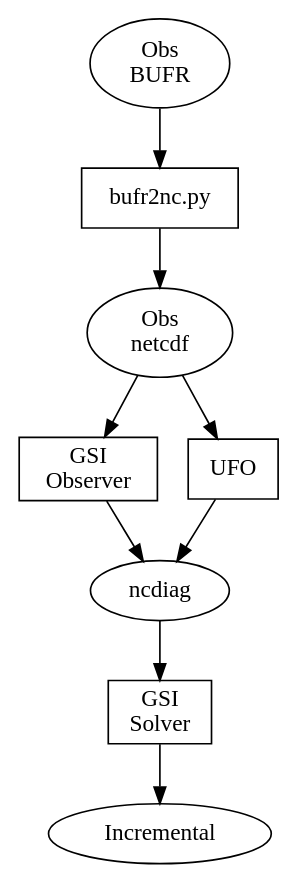
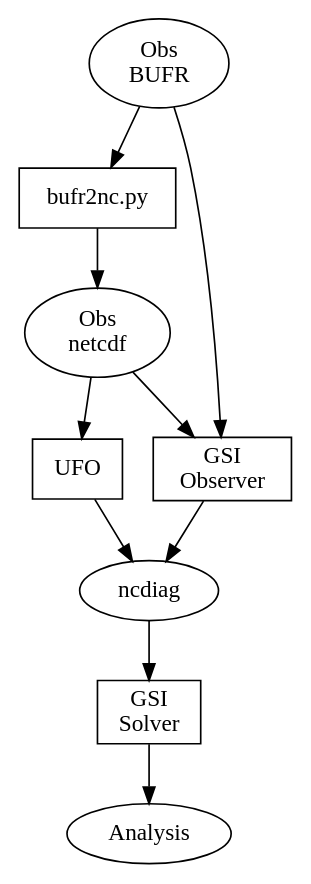
Before and after one commit to srherbener/my-diagrams: the diagram in IODA/big_picture_now.gv, drawn with Graphviz. The commit also changed 3 other files, not shown here.

```diff
--- a/IODA/big_picture_now.gv
+++ b/IODA/big_picture_now.gv
@@ -1,17 +1,19 @@
 digraph NcdiagFlow
   {
   obs_bufr [ shape=ellipse, label="Obs\nBUFR" ];
   obs_nc   [ shape=ellipse, label="Obs\nnetcdf" ];
   ncd      [ shape=ellipse, label="ncdiag" ];
-  incr     [ shape=ellipse, label="Incremental" ];
+  incr     [ shape=ellipse, label="Analysis" ];
   
 
   b2nc     [ shape=box, label="bufr2nc.py" ];
   gsi_obs  [ shape=box, label="GSI\nObserver" ];
   gsi_sol  [ shape=box, label="GSI\nSolver" ];
   ufo      [ shape=box, label="UFO" ];
 
   obs_bufr -> b2nc -> obs_nc -> gsi_obs -> ncd -> gsi_sol -> incr;
 
   obs_nc -> ufo -> ncd;
+
+  obs_bufr -> gsi_obs;
   }
```
